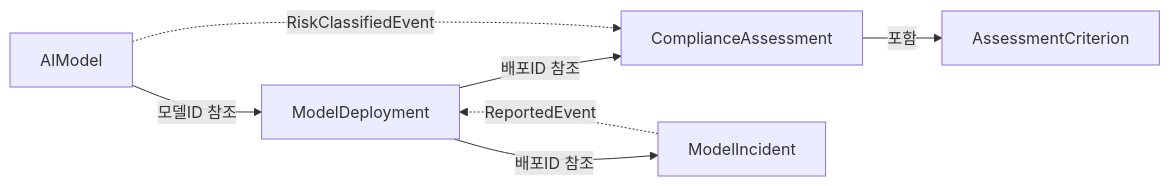
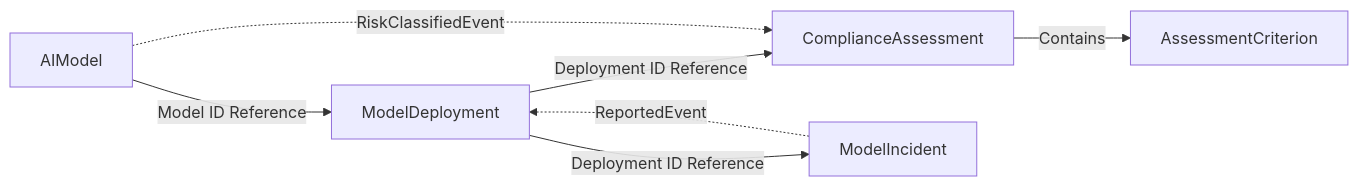
Before and after one commit to hhko/Functorium: the diagram in Docs.Site/src/content/docs/samples/ai-model-governance/00-project-spec.md, drawn with Mermaid. The commit also changed other lines of this file and 31 other files, not shown here.

````diff
--- a/Docs.Site/src/content/docs/samples/ai-model-governance/00-project-spec.md
+++ b/Docs.Site/src/content/docs/samples/ai-model-governance/00-project-spec.md
@@ -125,9 +125,9 @@
 ```mermaid
 flowchart LR
-    AIModel["AIModel"] -->|"모델ID 참조"| ModelDeployment["ModelDeployment"]
-    ModelDeployment -->|"배포ID 참조"| ComplianceAssessment["ComplianceAssessment"]
-    ComplianceAssessment -->|"포함"| AssessmentCriterion["AssessmentCriterion"]
-    ModelDeployment -->|"배포ID 참조"| ModelIncident["ModelIncident"]
+    AIModel["AIModel"] -->|"Model ID Reference"| ModelDeployment["ModelDeployment"]
+    ModelDeployment -->|"Deployment ID Reference"| ComplianceAssessment["ComplianceAssessment"]
+    ComplianceAssessment -->|"Contains"| AssessmentCriterion["AssessmentCriterion"]
+    ModelDeployment -->|"Deployment ID Reference"| ModelIncident["ModelIncident"]
     AIModel -.->|"RiskClassifiedEvent"| ComplianceAssessment
     ModelIncident -.->|"ReportedEvent"| ModelDeployment
 ```
````
